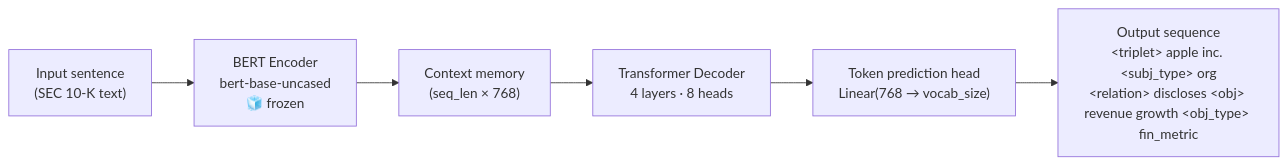
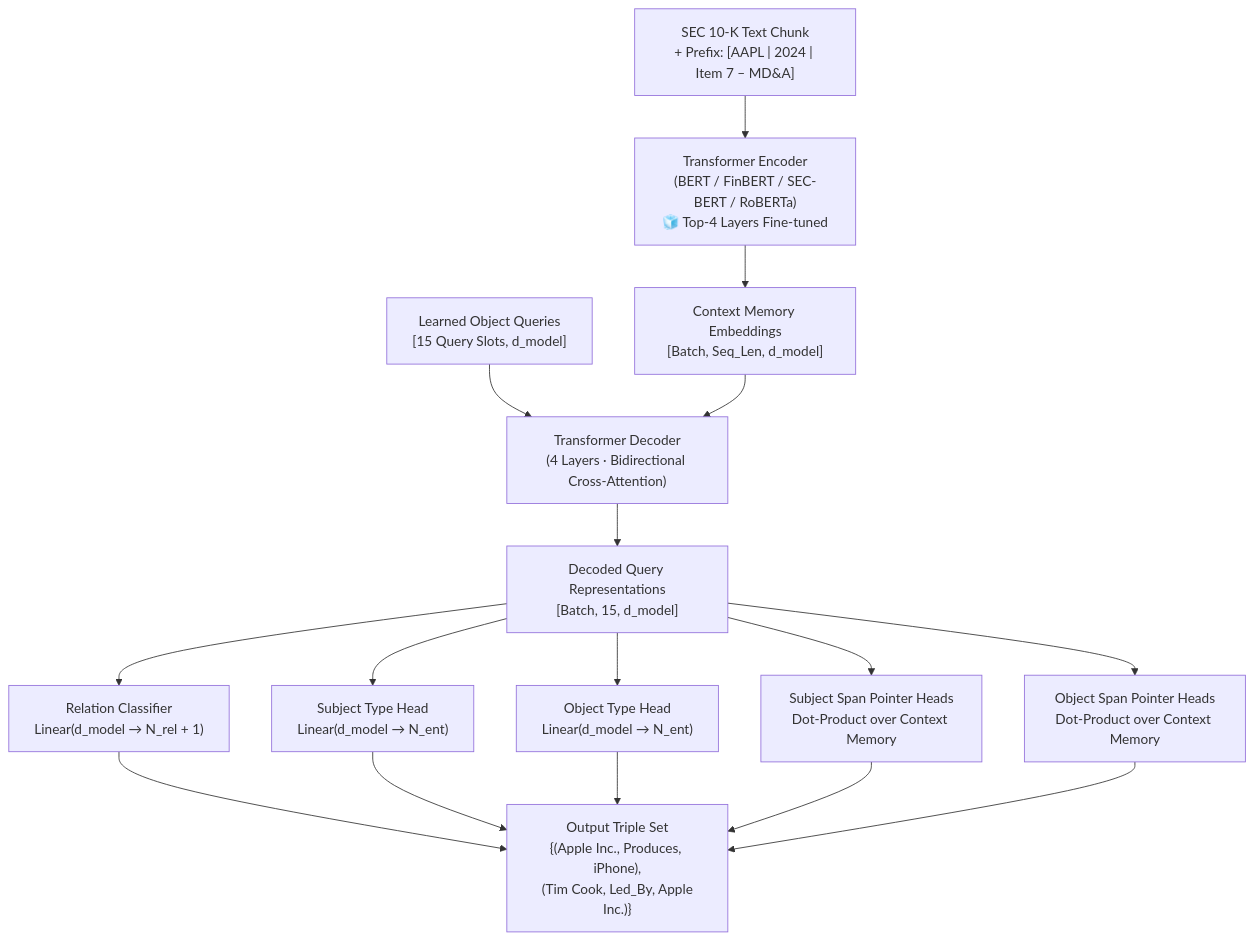
Before and after one commit to LeonardoDiCaterina/bert-kg-extraction-pipeline: the diagram in README.md, drawn with Mermaid. The commit also changed other lines of this file, not shown here.

Commit message:
docs: update README to reflect DynamicKGExtractor and current pipeline architecture

````diff
--- a/README.md
+++ b/README.md
@@ -19,8 +26,22 @@
 ```mermaid
-graph LR
-    A["Input sentence\n(SEC 10-K text)"] --> B["BERT Encoder\nbert-base-uncased\n🧊 frozen"]
-    B --> C["Context memory\n(seq_len × 768)"]
-    C --> D["Transformer Decoder\n4 layers · 8 heads"]
-    D --> E["Token prediction head\nLinear(768 → vocab_size)"]
-    E --> F["Output sequence\n&lt;triplet&gt; apple inc. &lt;subj_type&gt; org\n&lt;relation&gt; discloses &lt;obj&gt; revenue growth &lt;obj_type&gt; fin_metric"]
+graph TD
+    A["SEC 10-K Text Chunk\n+ Prefix: [AAPL | 2024 | Item 7 – MD&A]"] --> B["Transformer Encoder\n(BERT / FinBERT / SEC-BERT / RoBERTa)\n🧊 Top-4 Layers Fine-tuned"]
+    B --> C["Context Memory Embeddings\n[Batch, Seq_Len, d_model]"]
+    
+    Q["Learned Object Queries\n[15 Query Slots, d_model]"] --> D["Transformer Decoder\n(4 Layers · Bidirectional Cross-Attention)"]
+    C --> D
+    
+    D --> E["Decoded Query Representations\n[Batch, 15, d_model]"]
+    
+    E --> H1["Relation Classifier\nLinear(d_model → N_rel + 1)"]
+    E --> H2["Subject Type Head\nLinear(d_model → N_ent)"]
+    E --> H3["Object Type Head\nLinear(d_model → N_ent)"]
+    E --> H4["Subject Span Pointer Heads\nDot-Product over Context Memory"]
+    E --> H5["Object Span Pointer Heads\nDot-Product over Context Memory"]
+    
+    H1 --> OUT["Output Triple Set\n{(Apple Inc., Produces, iPhone),\n (Tim Cook, Led_By, Apple Inc.)}"]
+    H2 --> OUT
+    H3 --> OUT
+    H4 --> OUT
+    H5 --> OUT
 ```
````
